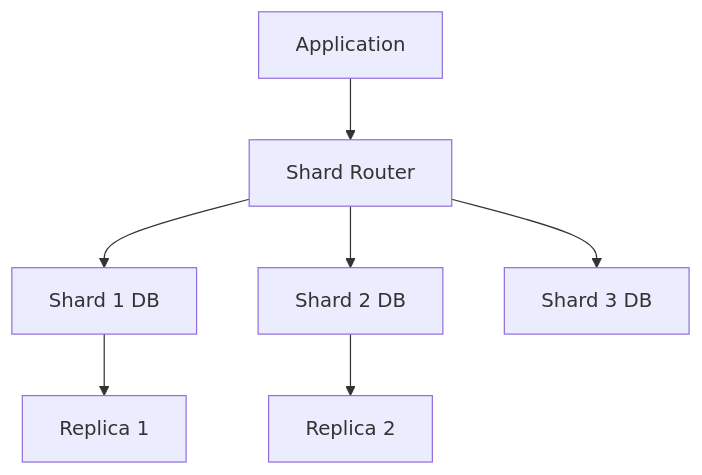
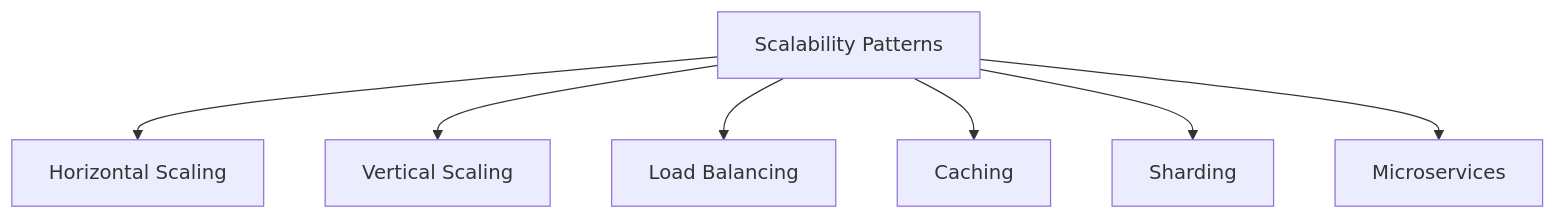
The second of 2 diagrams in high-scalability-patterns/README.md (VrushankPatel/interview-matters), drawn with Mermaid before and after one commit. The commit also changed other lines of this file and 2 other files, not shown here.

Commit message:
kb: add/update topics collections-and-data-structures, java-stream-api-and-functional-programming, system-design-basics, high-scalability-patterns, cap-theorem-and-distributed-systems

````diff
--- a/high-scalability-patterns/README.md
+++ b/high-scalability-patterns/README.md
@@ -132,9 +102,10 @@
 ```mermaid
 graph TD
-    A[Application] --> B[Shard Router]
-    B --> C[Shard 1 DB]
-    B --> D[Shard 2 DB]
-    B --> E[Shard 3 DB]
-    C --> F[Replica 1]
-    D --> G[Replica 2]
+    A[Scalability Patterns]
+    A --> B[Horizontal Scaling]
+    A --> C[Vertical Scaling]
+    A --> D[Load Balancing]
+    A --> E[Caching]
+    A --> F[Sharding]
+    A --> G[Microservices]
 ```
````
